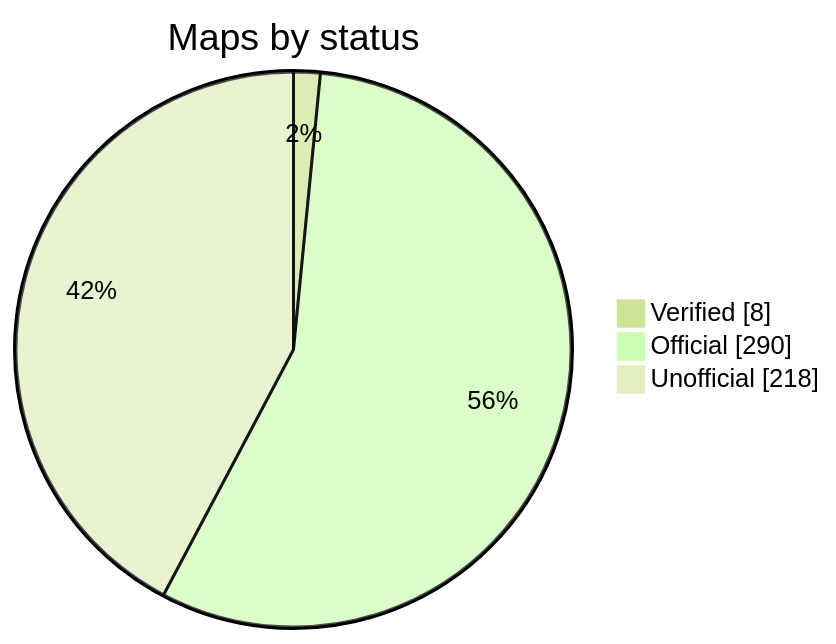
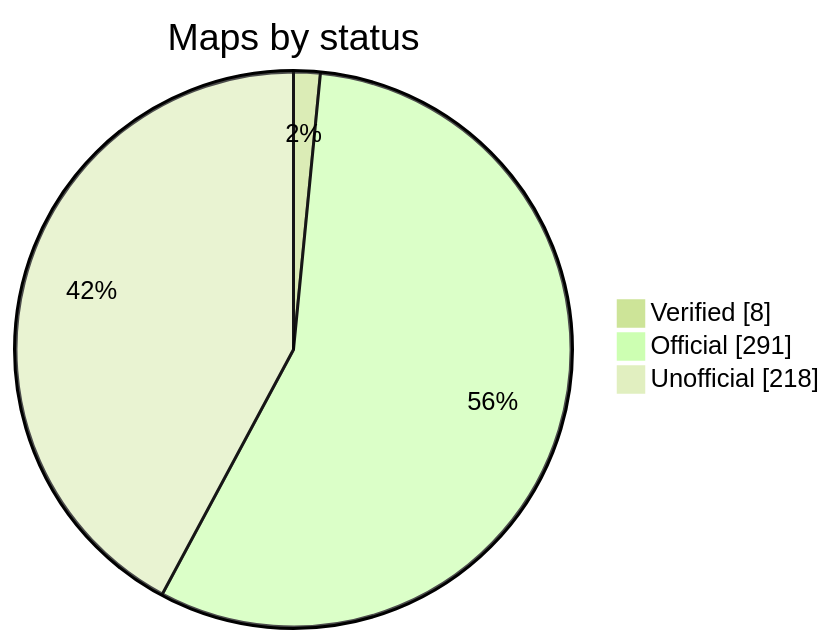
One commit to nobrega8/mbmap-library changed the diagram in README.md. Above: the diagram before and after it, drawn with Mermaid (forest theme). The commit also changed 5 other files, not shown here.

````diff
--- a/README.md
+++ b/README.md
@@ -52,7 +52,7 @@
 ```mermaid
 pie showData
     title Maps by status
     "Verified" : 8
-    "Official" : 290
+    "Official" : 291
     "Unofficial" : 218
 ```
````
